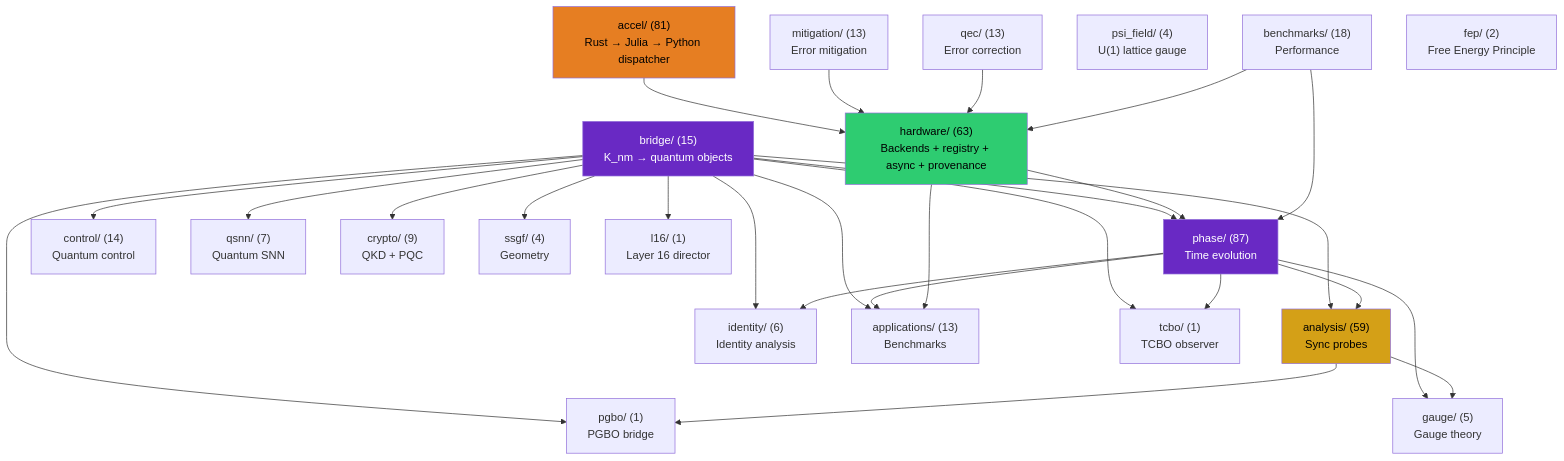
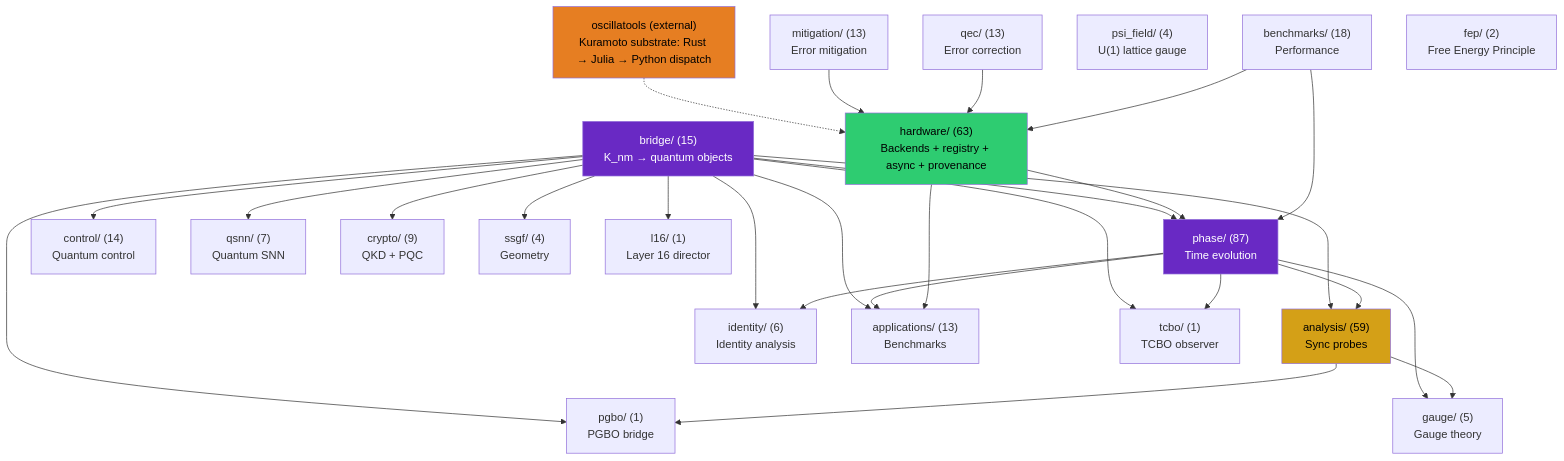
One commit to anulum/scpn-quantum-control changed the first of 4 diagrams in docs/architecture.md. Above: the diagram before and after it, drawn with Mermaid. The commit also changed other lines of this file and 5 other files, not shown here.

First line of the commit message:
docs(scpn): re-point the Kuramoto surface to oscillatools and refresh counts (DA1 F4a)

````diff
--- a/docs/architecture.md
+++ b/docs/architecture.md
@@ -91,55 +96,55 @@
 ```mermaid
 graph TD
     bridge["bridge/ (15)\nK_nm → quantum objects"]
     phase["phase/ (87)\nTime evolution"]
     analysis["analysis/ (59)\nSync probes"]
     control["control/ (14)\nQuantum control"]
     qsnn["qsnn/ (7)\nQuantum SNN"]
     identity["identity/ (6)\nIdentity analysis"]
     hardware["hardware/ (63)\nBackends + registry + async + provenance"]
     mitigation["mitigation/ (13)\nError mitigation"]
     qec["qec/ (13)\nError correction"]
     gauge["gauge/ (5)\nGauge theory"]
     apps["applications/ (13)\nBenchmarks"]
     crypto["crypto/ (9)\nQKD + PQC"]
     benchmarks["benchmarks/ (18)\nPerformance"]
     ssgf["ssgf/ (4)\nGeometry"]
     psi_field["psi_field/ (4)\nU(1) lattice gauge"]
-    accel["accel/ (81)\nRust → Julia → Python dispatcher"]
+    oscillatools["oscillatools (external)\nKuramoto substrate: Rust → Julia → Python dispatch"]
     fep["fep/ (2)\nFree Energy Principle"]
     tcbo["tcbo/ (1)\nTCBO observer"]
     pgbo["pgbo/ (1)\nPGBO bridge"]
     l16["l16/ (1)\nLayer 16 director"]
 
     bridge --> phase
     bridge --> analysis
     bridge --> control
     bridge --> qsnn
     bridge --> identity
     bridge --> apps
     bridge --> crypto
     bridge --> ssgf
     phase --> analysis
     phase --> identity
     phase --> apps
     phase --> gauge
     analysis --> gauge
     hardware --> phase
     hardware --> apps
-    accel --> hardware
+    oscillatools -.-> hardware
     mitigation --> hardware
     qec --> hardware
     benchmarks --> phase
     benchmarks --> hardware
     bridge --> tcbo
     bridge --> pgbo
     bridge --> l16
     phase --> tcbo
     analysis --> pgbo
 
     style bridge fill:#6929C4,color:#fff
     style analysis fill:#d4a017,color:#000
     style phase fill:#6929C4,color:#fff
     style hardware fill:#2ecc71,color:#000
-    style accel fill:#e67e22,color:#000
+    style oscillatools fill:#e67e22,color:#000
 ```
````
